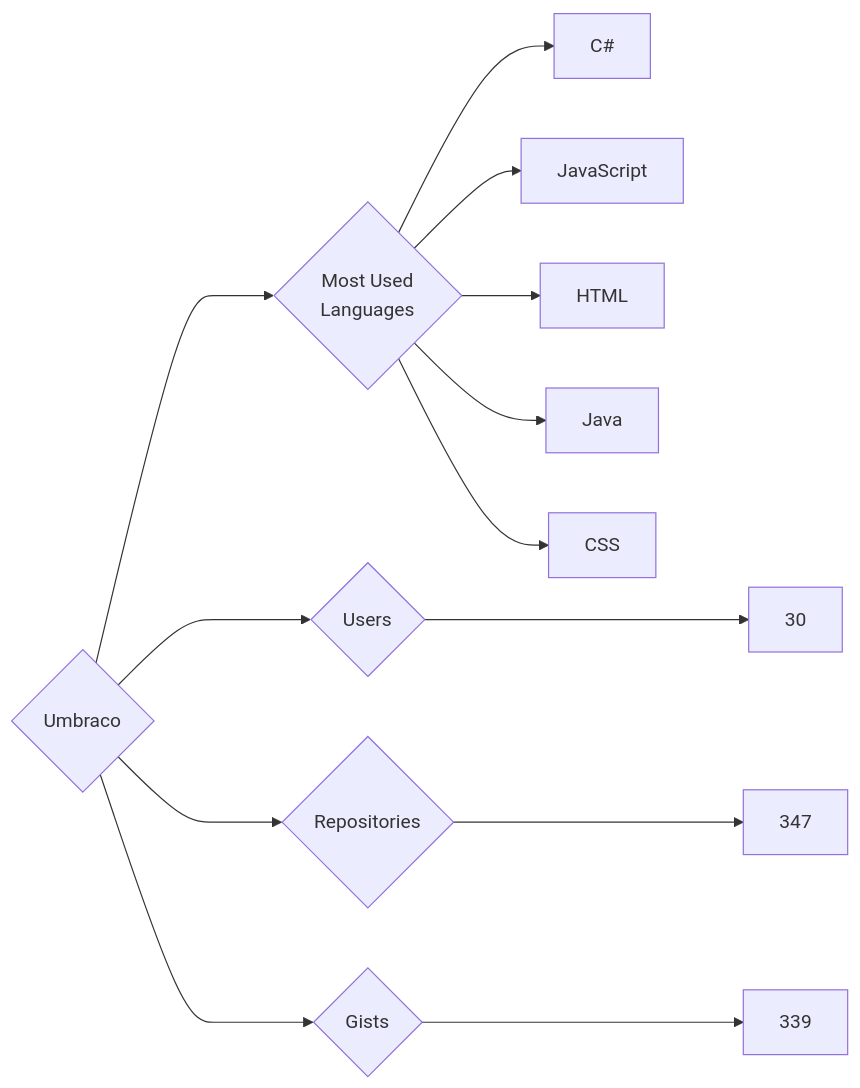
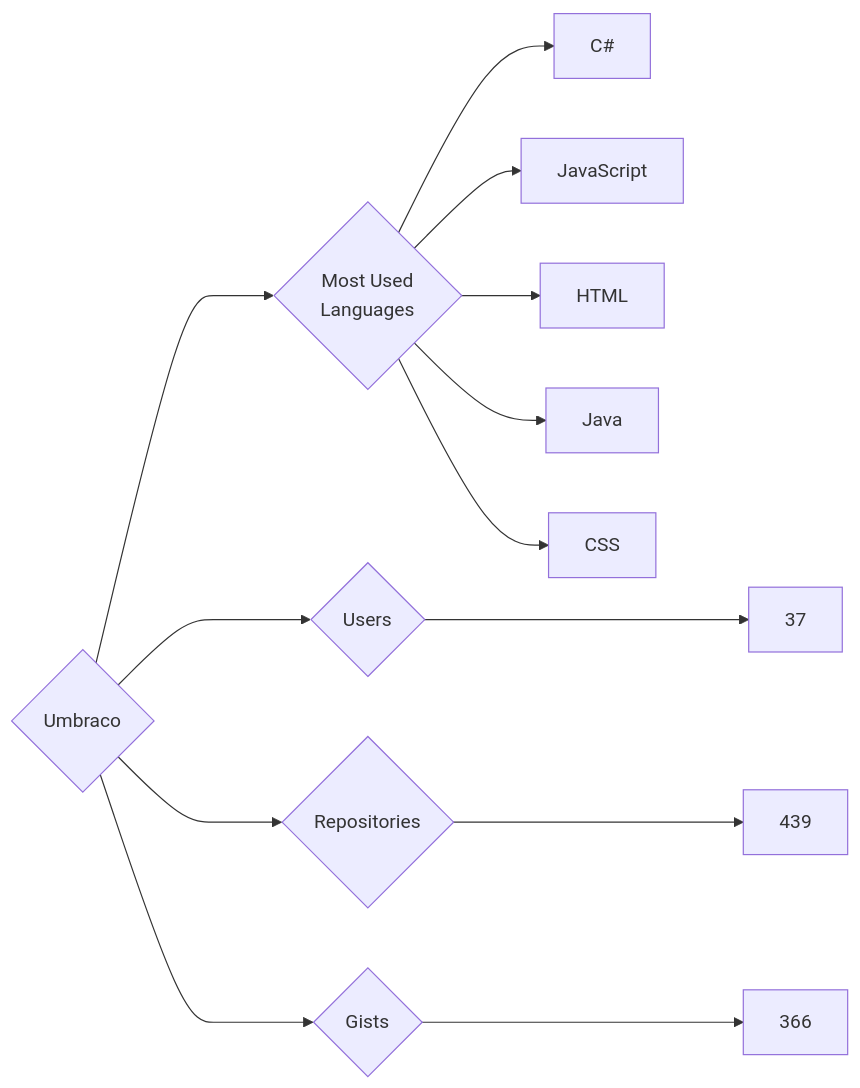
One commit to trickest/insiders changed the diagram in targets/Umbraco/README.md. Above: the diagram before and after it, drawn with Mermaid. The commit also changed 912 other files, not shown here.

````diff
--- a/targets/Umbraco/README.md
+++ b/targets/Umbraco/README.md
@@ -3,13 +3,13 @@
 ```mermaid
 graph LR
 COMPANY_NAME{Umbraco}
-COMPANY_NAME ---> U{Users} ---> UN[30]
-COMPANY_NAME ---> R{Repositories} ---> RN[347]
-COMPANY_NAME ---> G{Gists} ---> GN[339]
+COMPANY_NAME ---> U{Users} ---> UN[37]
+COMPANY_NAME ---> R{Repositories} ---> RN[439]
+COMPANY_NAME ---> G{Gists} ---> GN[366]
 COMPANY_NAME ---> ML{Most Used<br>Languages}
 ML --> C#[C#]
 ML --> JavaScript[JavaScript]
 ML --> HTML[HTML]
 ML --> Java[Java]
 ML --> CSS[CSS]
 ```
````
